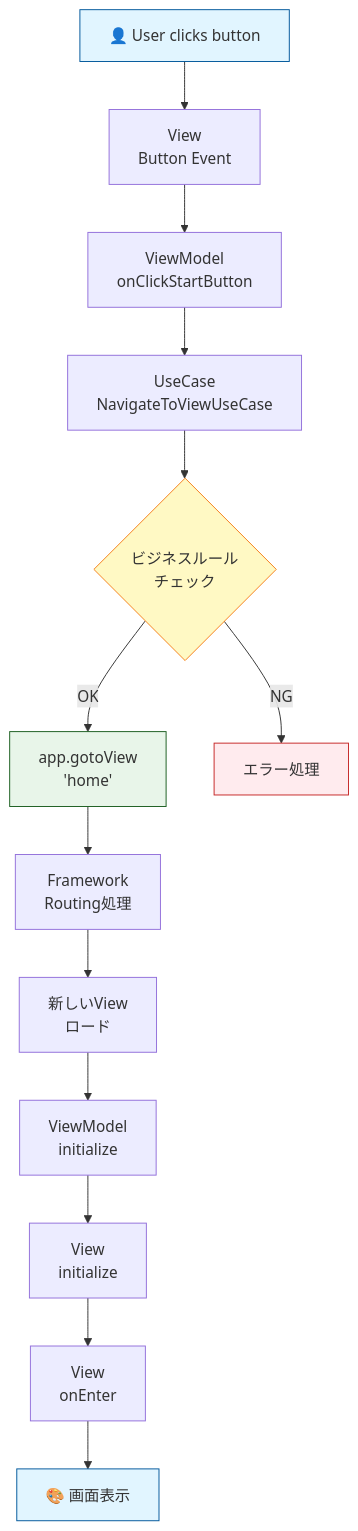
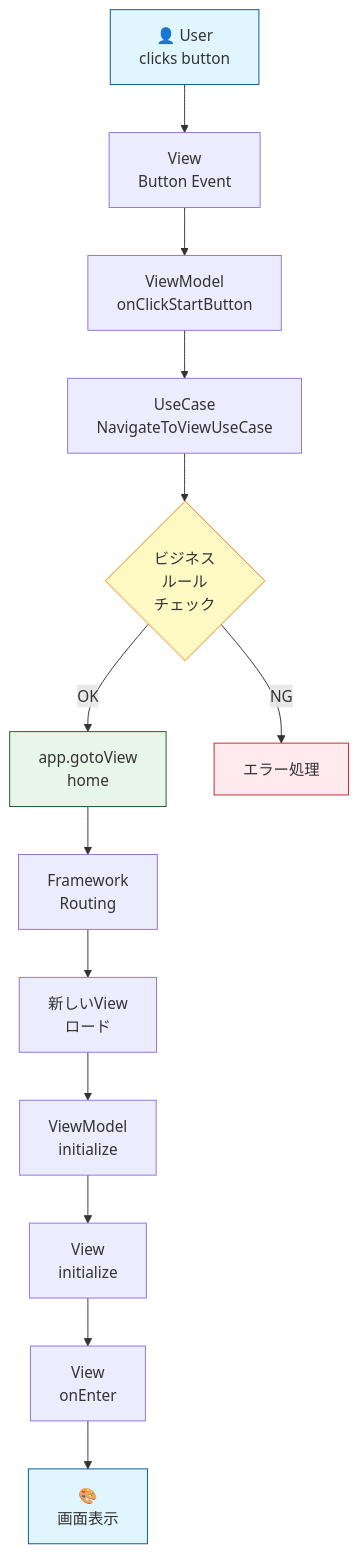
Before and after one commit to Next2D/framework-typescript-template: the sixth of 6 diagrams in template/ARCHITECTURE.md, drawn with Mermaid. The commit also changed other lines of this file and 1 other file, not shown here.

````diff
--- a/template/ARCHITECTURE.md
+++ b/template/ARCHITECTURE.md
@@ -369,21 +305,35 @@
 ```mermaid
 flowchart TD
-    A[👤 User clicks button] --> B[View<br/>Button Event]
-    B --> C[ViewModel<br/>onClickStartButton]
-    C --> D[UseCase<br/>NavigateToViewUseCase]
-    D --> E{ビジネスルール<br/>チェック}
-    E -->|OK| F[app.gotoView<br/>'home']
-    E -->|NG| G[エラー処理]
-    F --> H[Framework<br/>Routing処理]
-    H --> I[新しいView<br/>ロード]
-    I --> J[ViewModel<br/>initialize]
-    J --> K[View<br/>initialize]
-    K --> L[View<br/>onEnter]
-    L --> M[🎨 画面表示]
+    A["👤 User<br/>clicks button"]
+    B["View<br/>Button Event"]
+    C["ViewModel<br/>onClickStartButton"]
+    D["UseCase<br/>NavigateToViewUseCase"]
+    E{"ビジネス<br/>ルール<br/>チェック"}
+    F["app.gotoView<br/>home"]
+    G["エラー処理"]
+    H["Framework<br/>Routing"]
+    I["新しいView<br/>ロード"]
+    J["ViewModel<br/>initialize"]
+    K["View<br/>initialize"]
+    L["View<br/>onEnter"]
+    M["🎨<br/>画面表示"]
+    
+    A --> B
+    B --> C
+    C --> D
+    D --> E
+    E -->|OK| F
+    E -->|NG| G
+    F --> H
+    H --> I
+    I --> J
+    J --> K
+    K --> L
+    L --> M
 
     style A fill:#e1f5ff,stroke:#01579b
     style E fill:#fff9c4,stroke:#f57f17
     style F fill:#e8f5e9,stroke:#1b5e20
     style G fill:#ffebee,stroke:#c62828
     style M fill:#e1f5ff,stroke:#01579b
 ```
````
